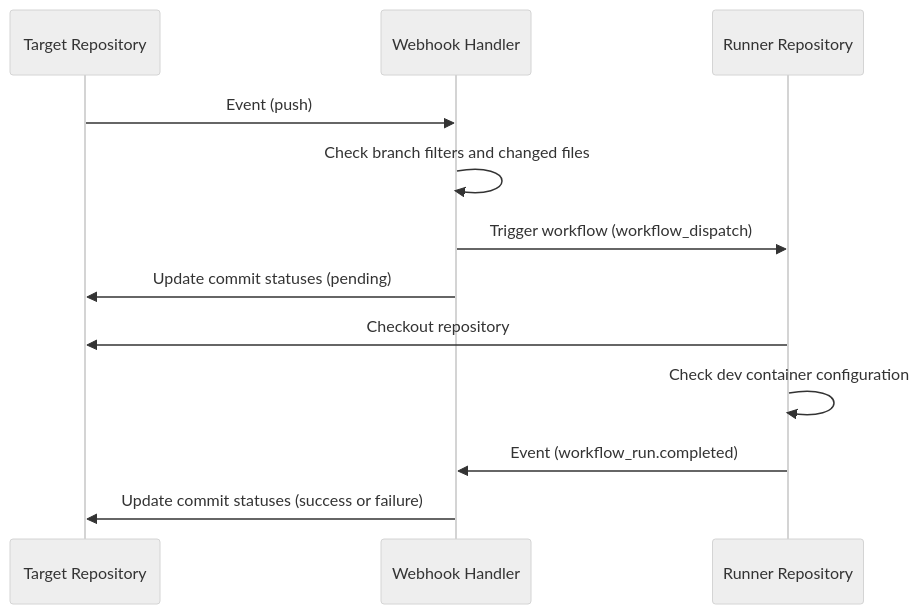
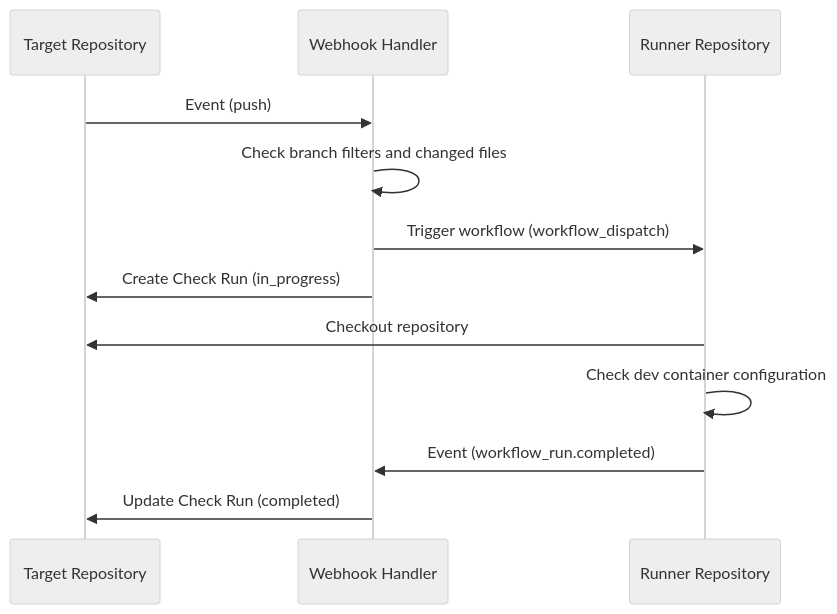
Before and after one commit to lasuillard/lasuillard.github.io: the first of 2 diagrams in static/posts/12/index.md, drawn with Mermaid (neutral theme). The commit also changed other lines of this file and 28 other files, not shown here.

````diff
--- a/static/posts/12/index.md
+++ b/static/posts/12/index.md
@@ -89,15 +87,15 @@
 ```mermaid
 sequenceDiagram
 	participant target as Target Repository
 	participant server as Webhook Handler
 	participant runner as Runner Repository
 
 	target ->> server: Event (push)
 	server ->> server: Check branch filters and changed files
 	server ->> runner: Trigger workflow (workflow_dispatch)
-	server ->> target: Update commit statuses (pending)
+	server ->> target: Create Check Run (in_progress)
 	runner ->> target: Checkout repository
 	runner ->> runner: Check dev container configuration
 	runner ->> server: Event (workflow_run.completed)
-	server ->> target: Update commit statuses (success or failure)
+	server ->> target: Update Check Run (completed)
 ```
````
